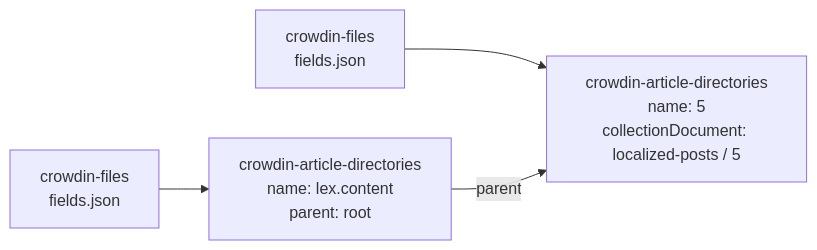
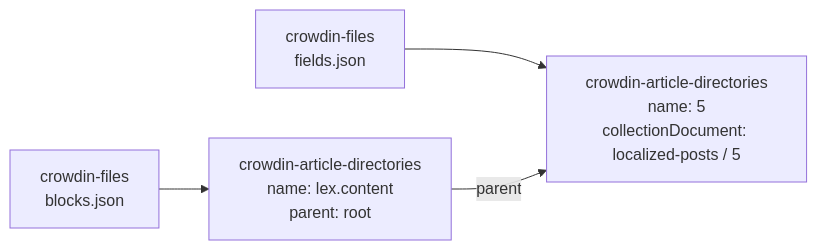
The fourth of 9 diagrams in docs-site/docs/plugin/directory-links.md (thompsonsj/payload-crowdin-sync), drawn with Mermaid before and after one commit. The commit also changed 11 other files, not shown here.

First line of the commit message:
docs: package architecture and document-slice rationale (#394)

````diff
--- a/docs-site/docs/plugin/directory-links.md
+++ b/docs-site/docs/plugin/directory-links.md
@@ -107,10 +107,10 @@
 ```mermaid
 flowchart LR
   root["crowdin-article-directories<br/>name: 5<br/>collectionDocument: localized-posts / 5"]
   block["crowdin-article-directories<br/>name: lex.content<br/>parent: root"]
   rootFiles["crowdin-files<br/>fields.json"]
-  blockFiles["crowdin-files<br/>fields.json"]
+  blockFiles["crowdin-files<br/>blocks.json"]
   rootFiles --> root
   block -- parent --> root
   blockFiles --> block
 ```
````
